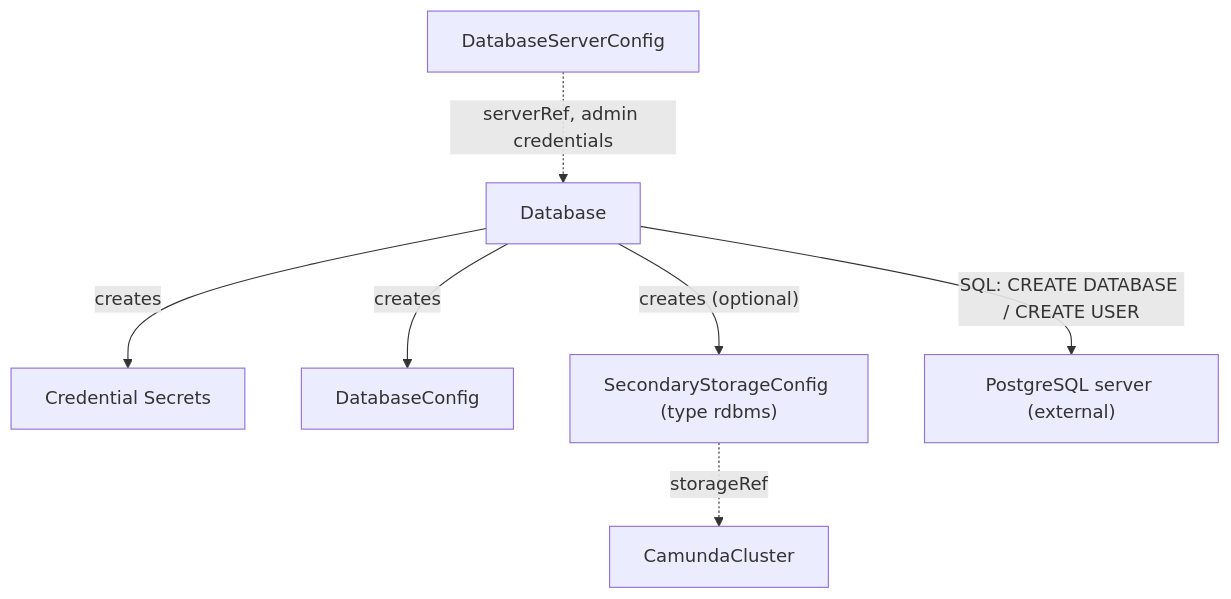
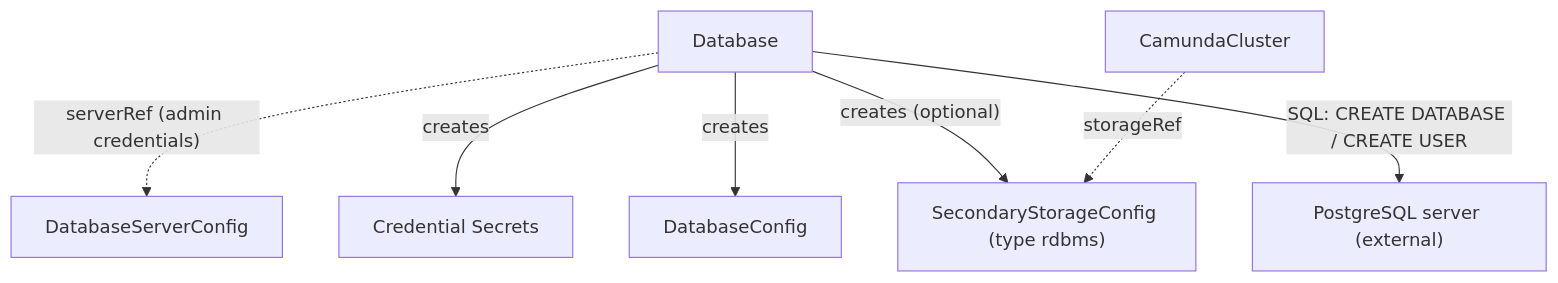
One commit to konsole-is/camunda-operator changed the diagram in docs/crds/database.md. Above: the diagram before and after it, drawn with Mermaid. The commit also changed 1 other file, not shown here.

Commit message:
docs: fix dotted-edge direction in storage diagrams (#5)
Dotted mermaid edges must run referencing-CR -> referenced-CR:
Database -> DatabaseServerConfig (serverRef), ElasticsearchCluster ->
ElasticsearchClusterPreset (presetRef), and CamundaCluster ->
SecondaryStorageConfig (storageRef) in both diagrams.

````diff
--- a/docs/crds/database.md
+++ b/docs/crds/database.md
@@ -30,9 +30,9 @@
 ```mermaid
 graph TD
-    DBSC[DatabaseServerConfig] -.->|serverRef, admin credentials| DB[Database]
+    DB[Database] -.->|"serverRef (admin credentials)"| DBSC[DatabaseServerConfig]
     DB -->|creates| SEC["Credential Secrets"]
     DB -->|creates| DBC[DatabaseConfig]
     DB -->|"creates (optional)"| SSC["SecondaryStorageConfig (type rdbms)"]
     DB -->|SQL: CREATE DATABASE / CREATE USER| PG["PostgreSQL server (external)"]
-    SSC -.->|storageRef| CC[CamundaCluster]
+    CC[CamundaCluster] -.->|storageRef| SSC
 ```
````
